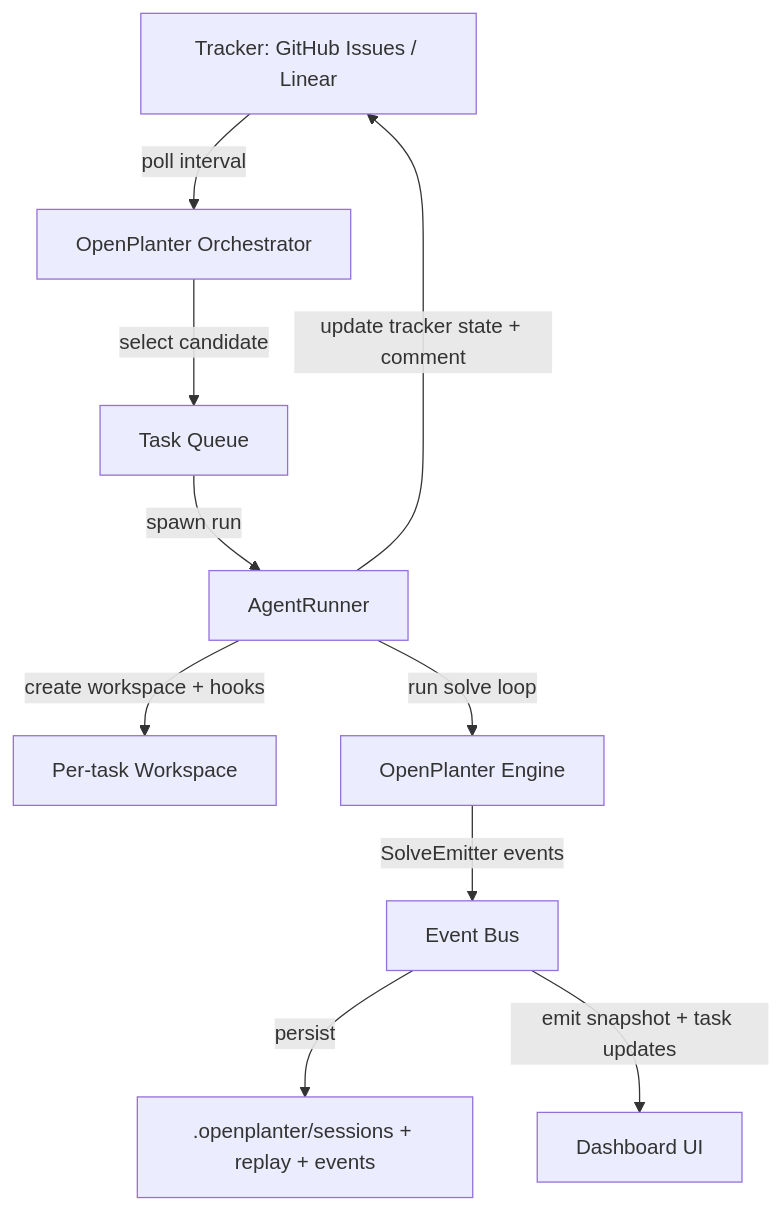
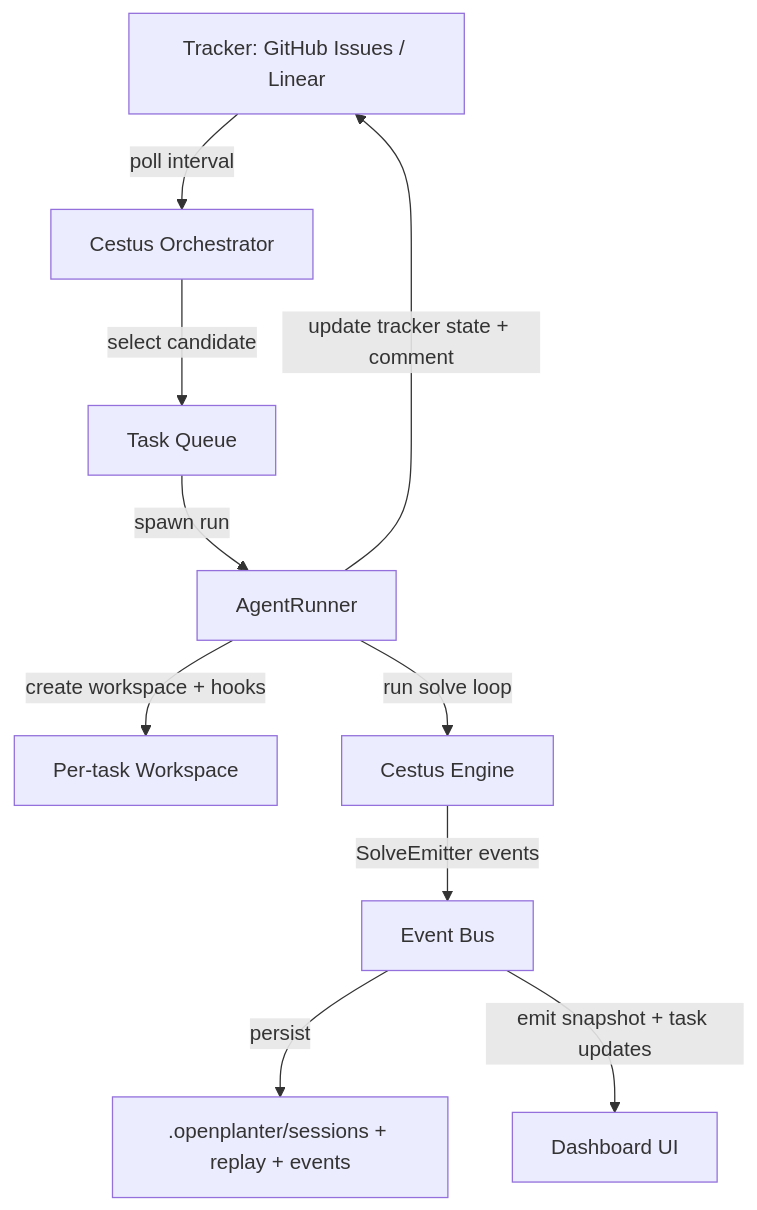
One commit to ThomsenDrake/Cestus changed the first of 3 diagrams in harness-engineering.md. Above: the diagram before and after it, drawn with Mermaid. The commit also changed other lines of this file and 70 other files, not shown here.

````diff
--- a/harness-engineering.md
+++ b/harness-engineering.md
@@ -332,12 +332,12 @@
 ```mermaid
 flowchart TD
-  A[Tracker: GitHub Issues / Linear] -->|poll interval| B[OpenPlanter Orchestrator]
+  A[Tracker: GitHub Issues / Linear] -->|poll interval| B[Cestus Orchestrator]
   B -->|select candidate| C[Task Queue]
   C -->|spawn run| D[AgentRunner]
   D -->|create workspace + hooks| E[Per-task Workspace]
-  D -->|run solve loop| F[OpenPlanter Engine]
+  D -->|run solve loop| F[Cestus Engine]
   F -->|SolveEmitter events| G[Event Bus]
   G -->|persist| H[.openplanter/sessions + replay + events]
   G -->|emit snapshot + task updates| I[Dashboard UI]
   D -->|update tracker state + comment| A
 ```
````
